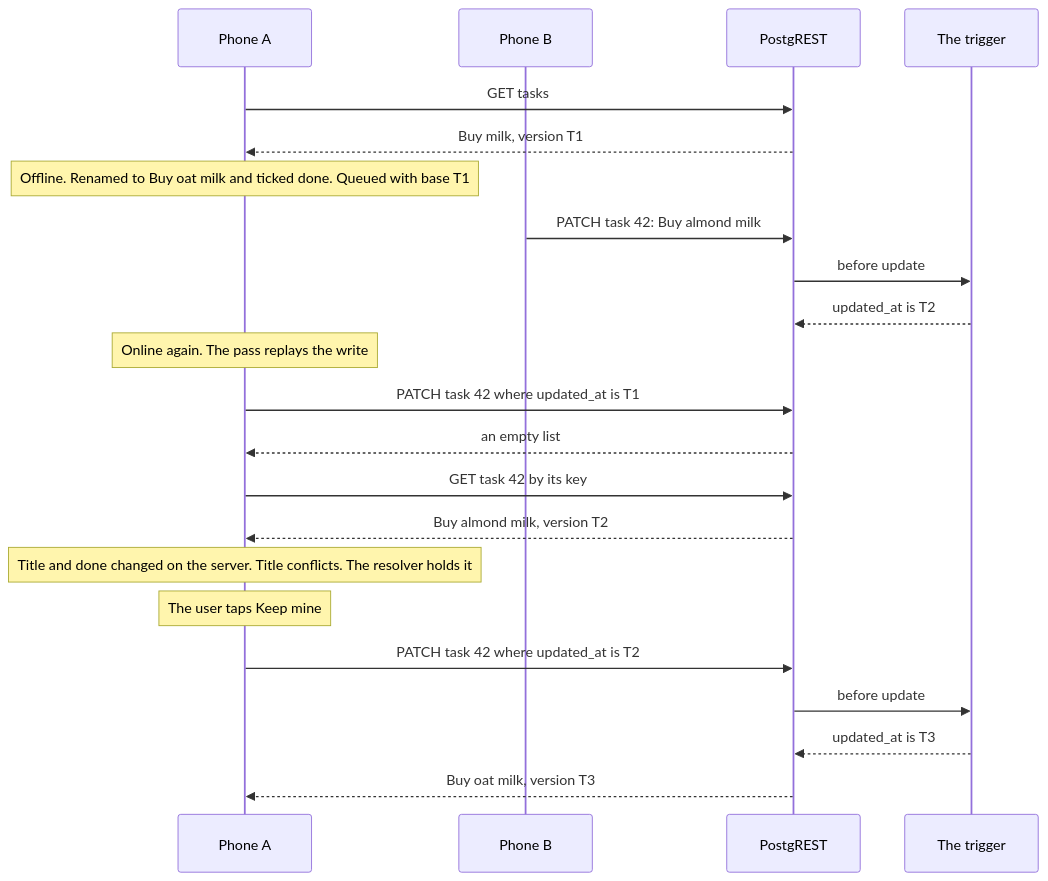
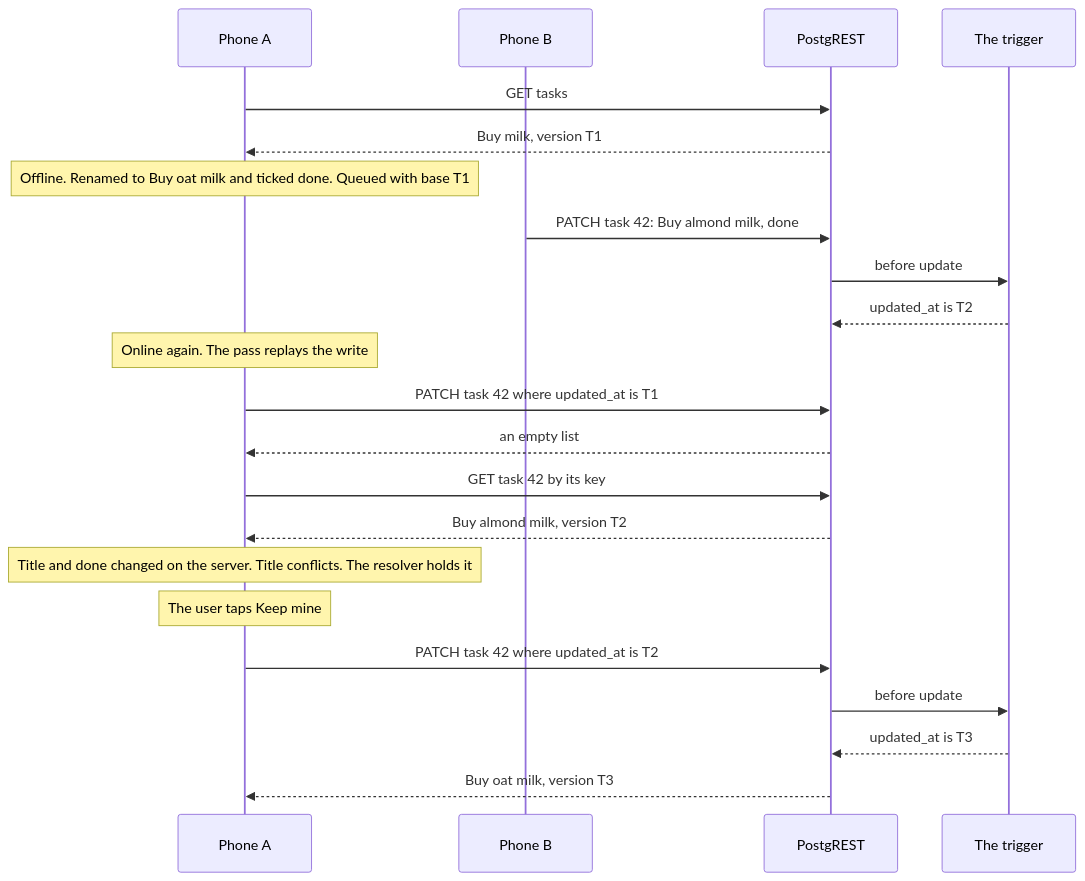
The seventh of 8 diagrams in docs/behaviors/conflicts.md (nesfeder/supabase-offline-kt), drawn with Mermaid before and after one commit. The commit also changed other lines of this file and 11 other files, not shown here.

````diff
--- a/docs/behaviors/conflicts.md
+++ b/docs/behaviors/conflicts.md
@@ -362,24 +386,24 @@
 ```mermaid
 sequenceDiagram
     participant A as Phone A
     participant B as Phone B
     participant P as PostgREST
     participant T as The trigger
     A->>P: GET tasks
     P-->>A: Buy milk, version T1
     Note over A: Offline. Renamed to Buy oat milk and ticked done. Queued with base T1
-    B->>P: PATCH task 42: Buy almond milk
+    B->>P: PATCH task 42: Buy almond milk, done
     P->>T: before update
     T-->>P: updated_at is T2
     Note over A: Online again. The pass replays the write
     A->>P: PATCH task 42 where updated_at is T1
     P-->>A: an empty list
     A->>P: GET task 42 by its key
     P-->>A: Buy almond milk, version T2
     Note over A: Title and done changed on the server. Title conflicts. The resolver holds it
     Note over A: The user taps Keep mine
     A->>P: PATCH task 42 where updated_at is T2
     P->>T: before update
     T-->>P: updated_at is T3
     P-->>A: Buy oat milk, version T3
 ```
````
